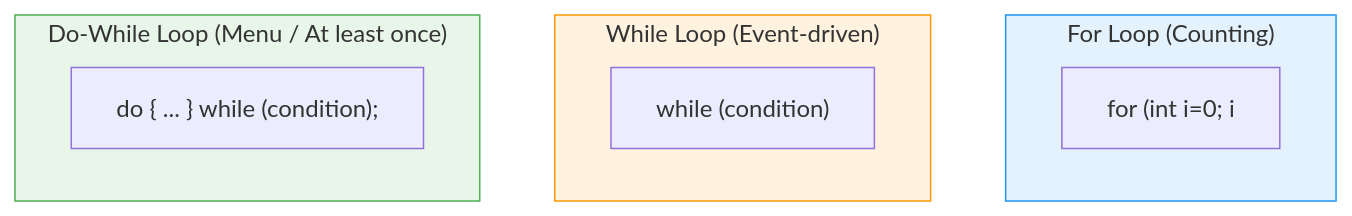
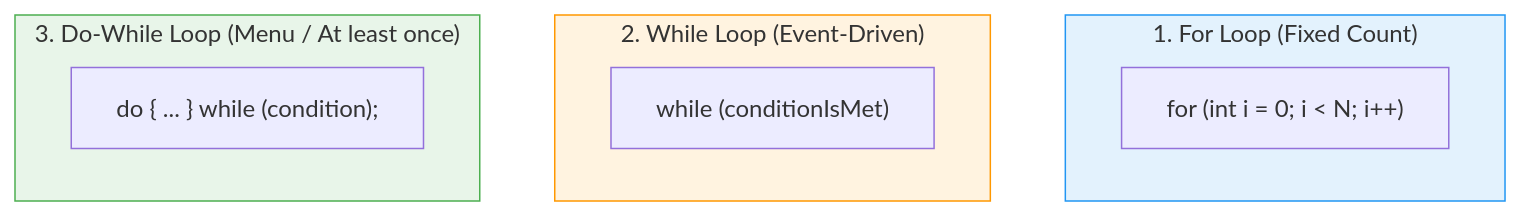
Before and after one commit to Mokshagnatej/Java-course: the second of 3 diagrams in src/Loops/README.md, drawn with Mermaid. The commit also changed other lines of this file and 15 other files, not shown here.

````diff
--- a/src/Loops/README.md
+++ b/src/Loops/README.md
@@ -21,16 +77,16 @@
 ```mermaid
 flowchart TD
-    subgraph FOR_LOOP["For Loop (Counting)"]
-        F1["for (int i=0; i<N; i++)"]
+    subgraph FOR_LOOP["1. For Loop (Fixed Count)"]
+        F1["for (int i = 0; i < N; i++)"]
     end
-    subgraph WHILE_LOOP["While Loop (Event-driven)"]
-        W1["while (condition)"]
+    subgraph WHILE_LOOP["2. While Loop (Event-Driven)"]
+        W1["while (conditionIsMet)"]
     end
-    subgraph DO_WHILE_LOOP["Do-While Loop (Menu / At least once)"]
+    subgraph DO_WHILE_LOOP["3. Do-While Loop (Menu / At least once)"]
         D1["do { ... } while (condition);"]
     end
 
     style FOR_LOOP fill:#E3F2FD,stroke:#2196F3
     style WHILE_LOOP fill:#FFF3E0,stroke:#FF9800
     style DO_WHILE_LOOP fill:#E8F5E9,stroke:#4CAF50
 ```
````
